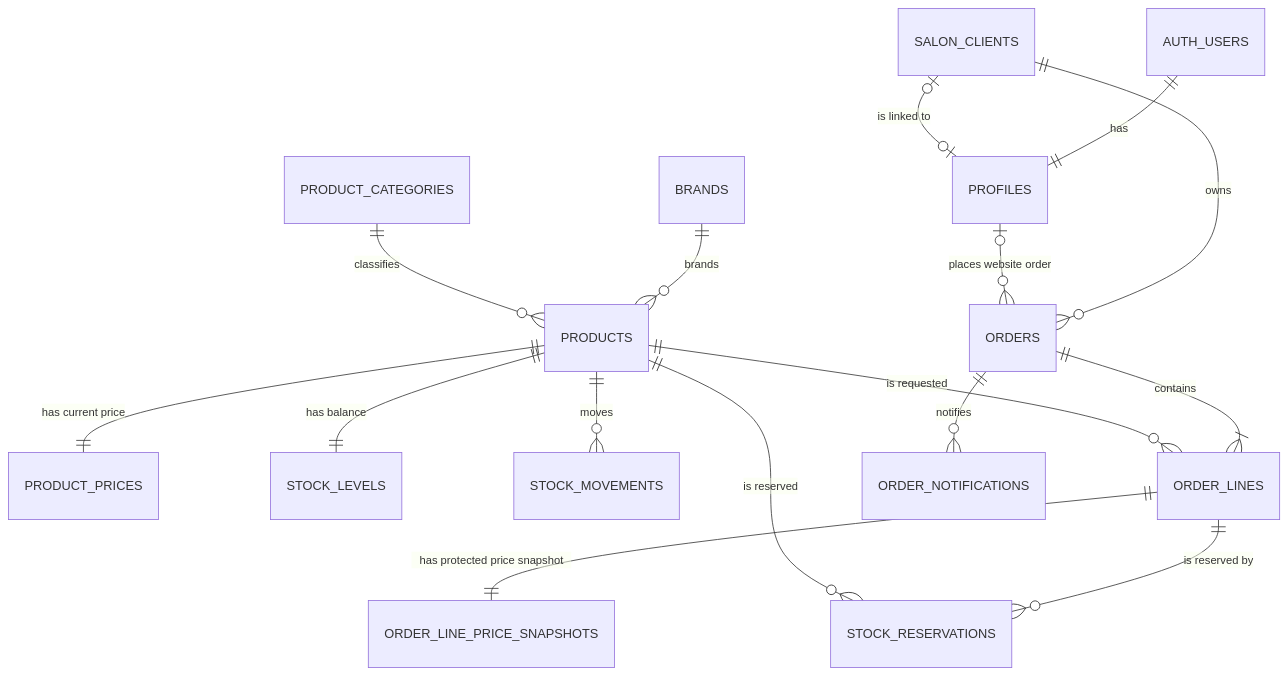
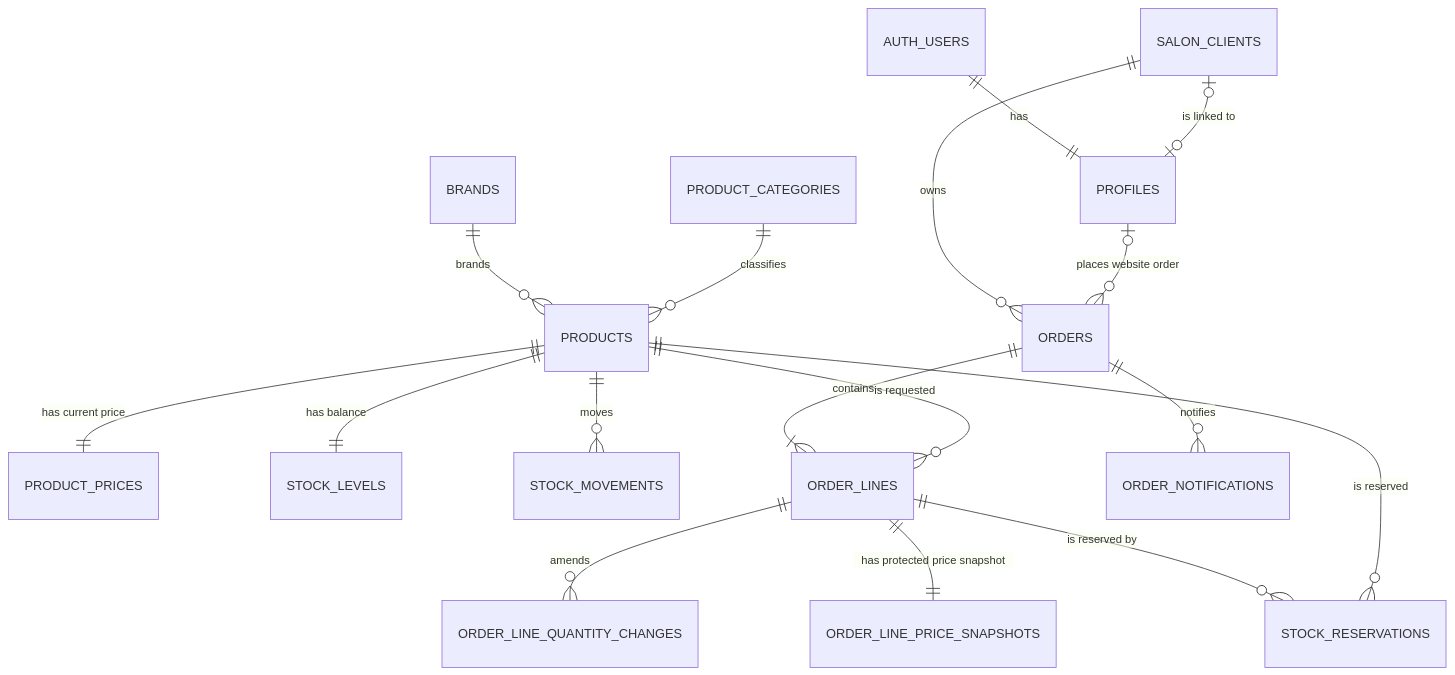
Before and after one commit to LyubomiraDimitrova/salon-orders: the diagram in docs/database-design.md, drawn with Mermaid. The commit also changed other lines of this file and 8 other files, not shown here.

````diff
--- a/docs/database-design.md
+++ b/docs/database-design.md
@@ -63,20 +69,21 @@
 ```mermaid
 erDiagram
     AUTH_USERS ||--|| PROFILES : "has"
     SALON_CLIENTS o|--o| PROFILES : "is linked to"
     SALON_CLIENTS ||--o{ ORDERS : "owns"
     PROFILES o|--o{ ORDERS : "places website order"
 
     BRANDS ||--o{ PRODUCTS : "brands"
     PRODUCT_CATEGORIES ||--o{ PRODUCTS : "classifies"
     PRODUCTS ||--|| PRODUCT_PRICES : "has current price"
     PRODUCTS ||--|| STOCK_LEVELS : "has balance"
     PRODUCTS ||--o{ STOCK_MOVEMENTS : "moves"
 
     ORDERS ||--|{ ORDER_LINES : "contains"
     PRODUCTS ||--o{ ORDER_LINES : "is requested"
+    ORDER_LINES ||--o{ ORDER_LINE_QUANTITY_CHANGES : "amends"
     ORDER_LINES ||--|| ORDER_LINE_PRICE_SNAPSHOTS : "has protected price snapshot"
     ORDER_LINES ||--o{ STOCK_RESERVATIONS : "is reserved by"
     PRODUCTS ||--o{ STOCK_RESERVATIONS : "is reserved"
     ORDERS ||--o{ ORDER_NOTIFICATIONS : "notifies"
 ```
````
